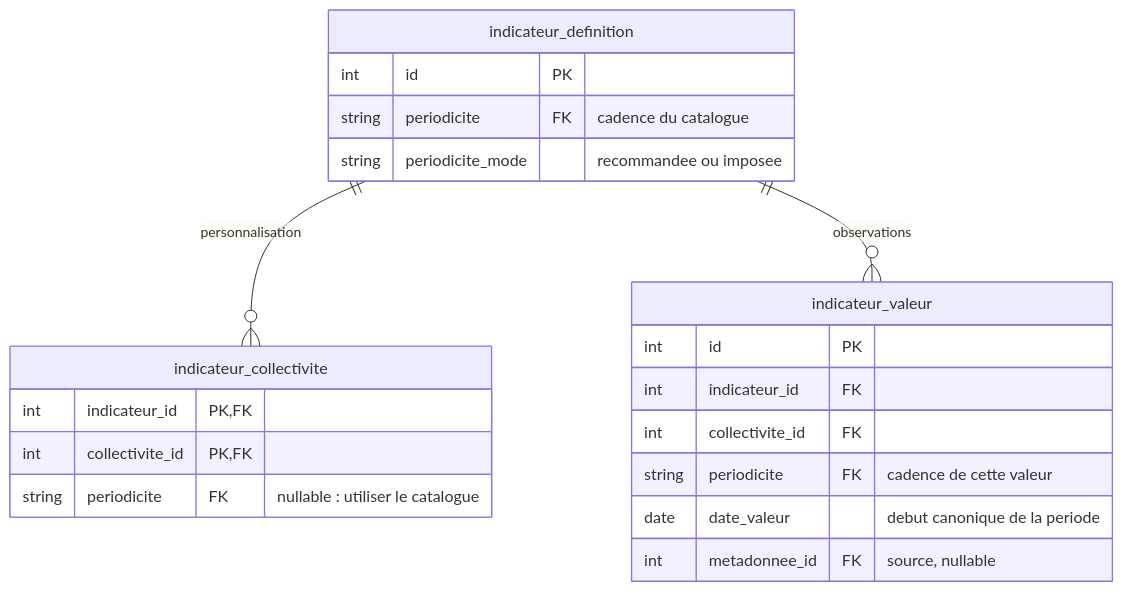
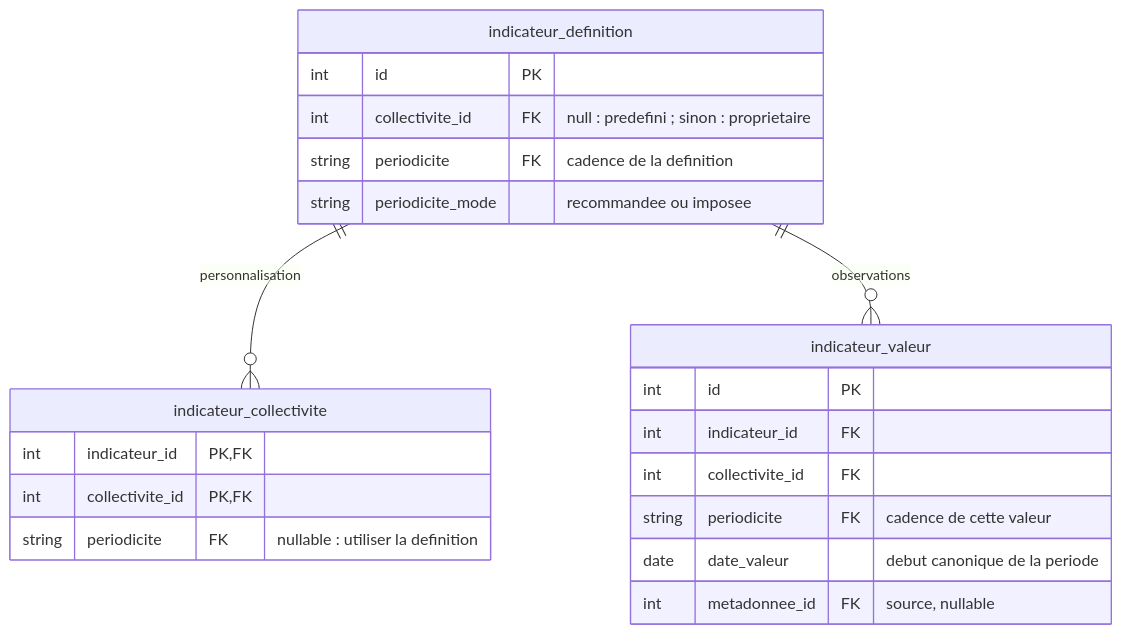
The first of 2 diagrams in doc/adr/0018-periodicite-des-indicateurs.md (incubateur-ademe/territoires-en-transitions), drawn with Mermaid before and after one commit. The commit also changed other lines of this file, not shown here.

````diff
--- a/doc/adr/0018-periodicite-des-indicateurs.md
+++ b/doc/adr/0018-periodicite-des-indicateurs.md
@@ -64,24 +72,25 @@
 ```mermaid
 erDiagram
     indicateur_definition ||--o{ indicateur_collectivite : personnalisation
     indicateur_definition ||--o{ indicateur_valeur : observations
 
     indicateur_definition {
         int id PK
-        string periodicite FK "cadence du catalogue"
+        int collectivite_id FK "null : predefini ; sinon : proprietaire"
+        string periodicite FK "cadence de la definition"
         string periodicite_mode "recommandee ou imposee"
     }
     indicateur_collectivite {
         int indicateur_id PK, FK
         int collectivite_id PK, FK
-        string periodicite FK "nullable : utiliser le catalogue"
+        string periodicite FK "nullable : utiliser la definition"
     }
     indicateur_valeur {
         int id PK
         int indicateur_id FK
         int collectivite_id FK
         string periodicite FK "cadence de cette valeur"
         date date_valeur "debut canonique de la periode"
         int metadonnee_id FK "source, nullable"
     }
 ```
````
